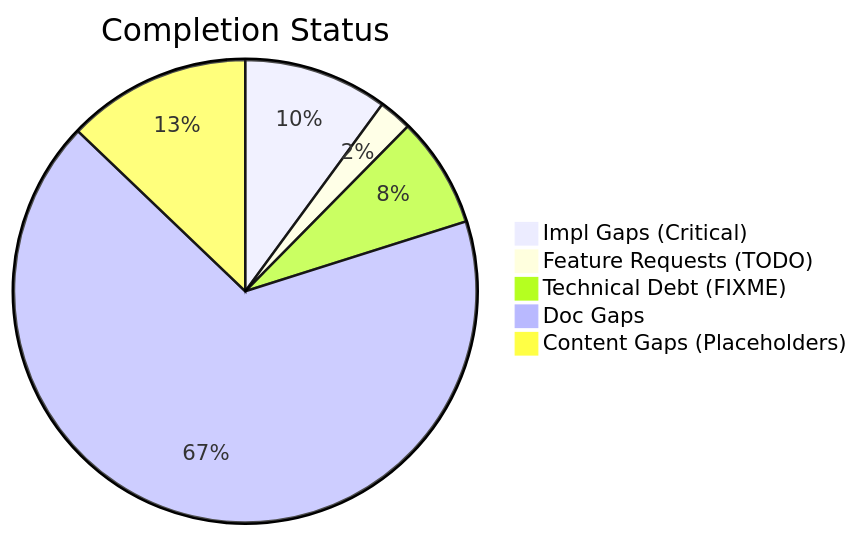
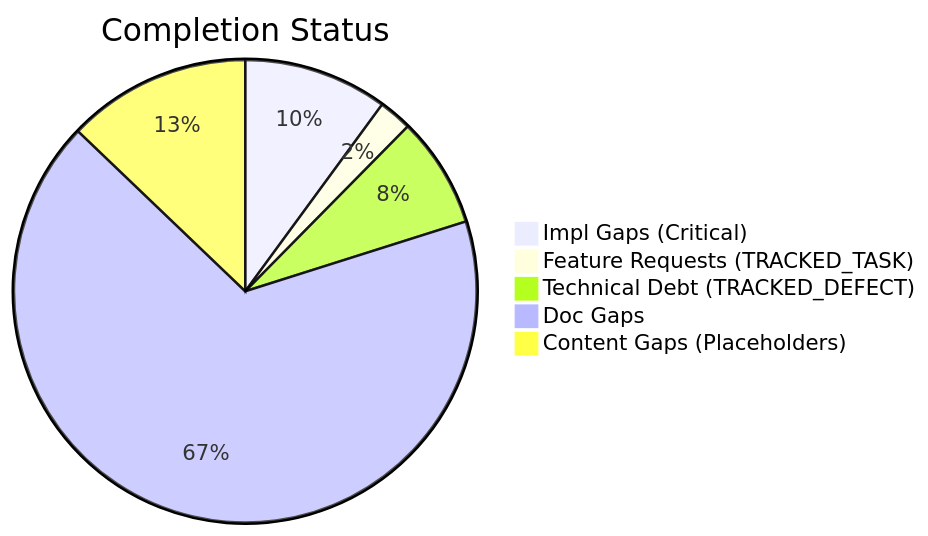
The first of 2 diagrams in docs/assessments/completist/Completist_Report_2026-03-05.md (D-sorganization/AffineDrift), drawn with Mermaid before and after one commit. The commit also changed other lines of this file and 28 other files, not shown here.

````diff
--- a/docs/assessments/completist/Completist_Report_2026-03-05.md
+++ b/docs/assessments/completist/Completist_Report_2026-03-05.md
@@ -12,8 +12,8 @@
 ```mermaid
 pie title Completion Status
     "Impl Gaps (Critical)" : 65
-    "Feature Requests (TODO)" : 15
-    "Technical Debt (FIXME)" : 50
+    "Feature Requests (TRACKED_TASK)" : 15
+    "Technical Debt (TRACKED_DEFECT)" : 50
     "Doc Gaps" : 433
     "Content Gaps (Placeholders)" : 83
 ```
````
